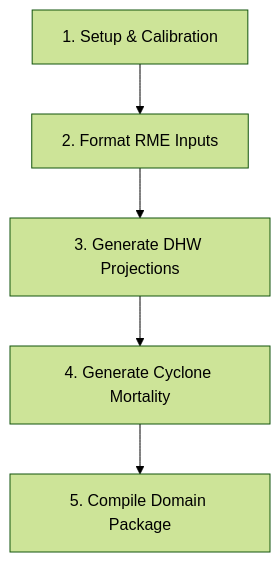
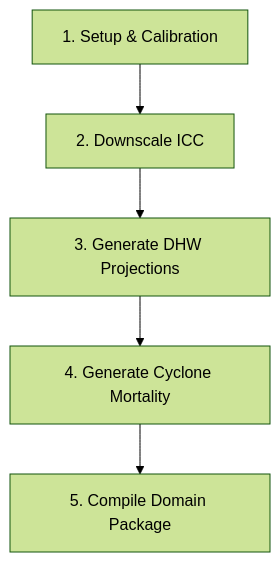
One commit to open-AIMS/rrap-dg changed the diagram in docs/domain-workflow.md. Above: the diagram before and after it, drawn with Mermaid (forest theme). The commit also changed other lines of this file, not shown here.

Commit message:
docs: replace RME connectivity/ICC formatting with downscale-icc in workflow guide

````diff
--- a/docs/domain-workflow.md
+++ b/docs/domain-workflow.md
@@ -11,7 +11,7 @@
 ```mermaid
 graph TD
-    A[1. Setup & Calibration] --> B[2. Format RME Inputs]
+    A[1. Setup & Calibration] --> B[2. Downscale ICC]
     B --> C[3. Generate DHW Projections]
     C --> D[4. Generate Cyclone Mortality]
     D --> E[5. Compile Domain Package]
 ```
````
